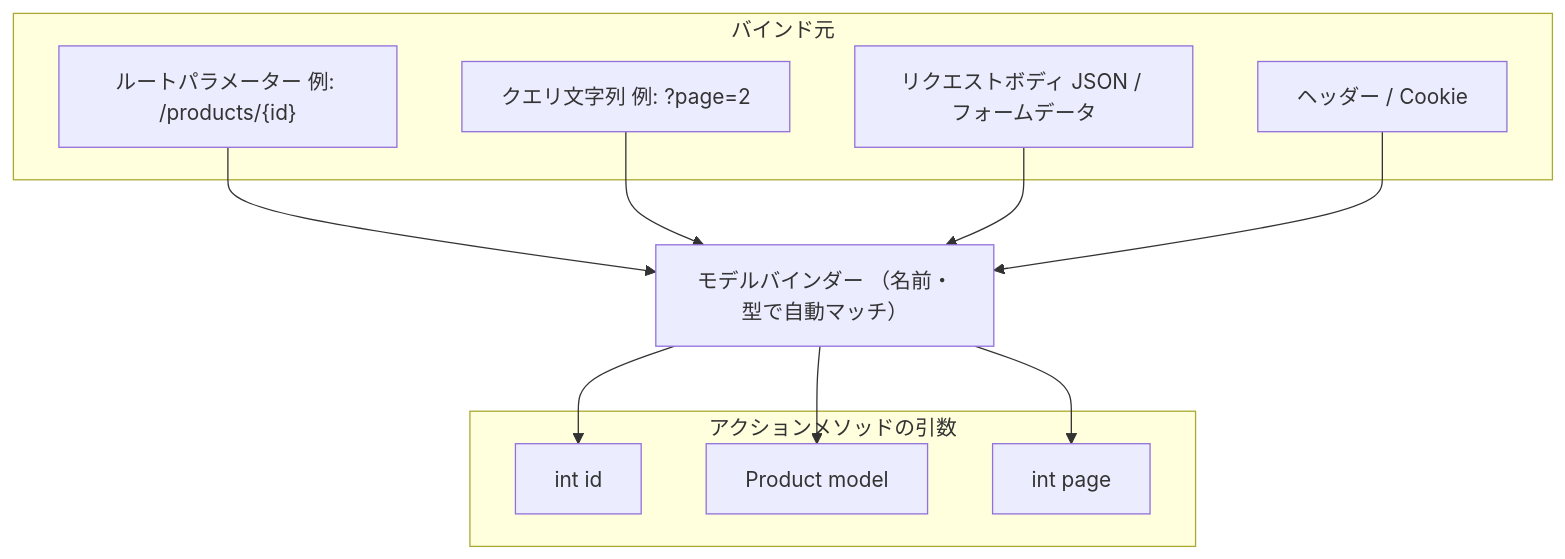
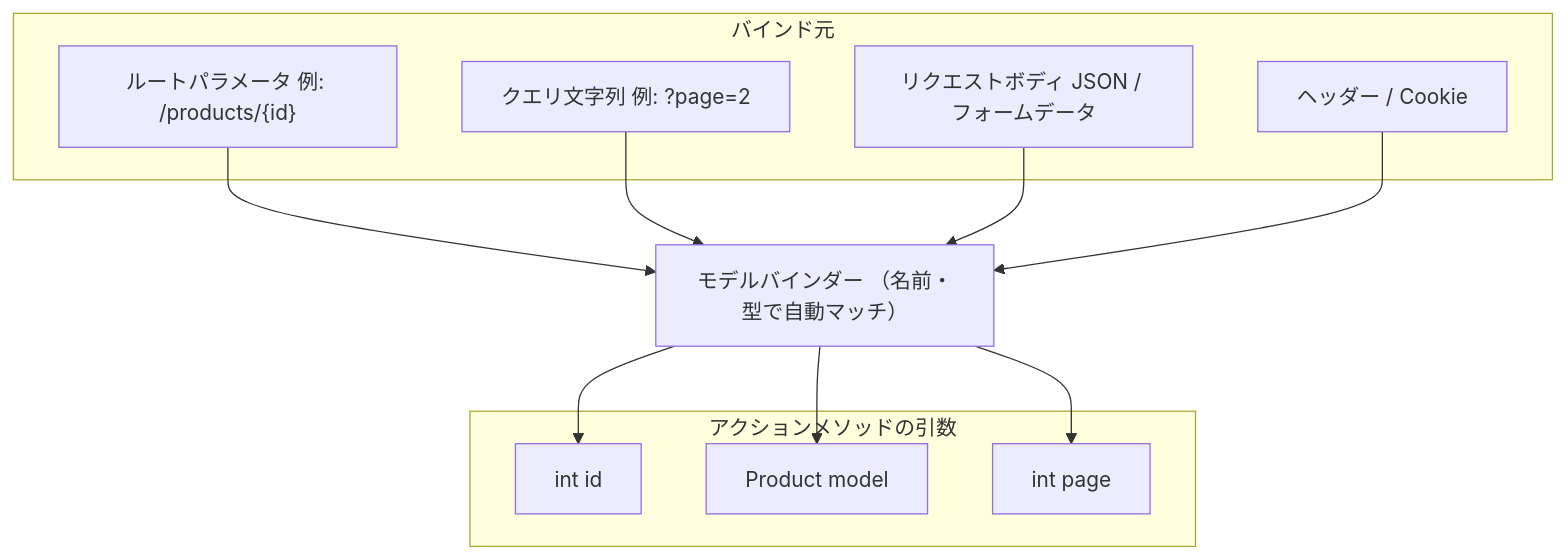
The fourth of 8 diagrams in docs/03-mvc-web-and-api.md (microsoft/aspnetcore-ja-handbook), drawn with Mermaid before and after one commit. The commit also changed other lines of this file and 1 other file, not shown here.

Commit message:
用語の統一を図り、「パラメーター」を「パラメータ」に修正

````diff
--- a/docs/03-mvc-web-and-api.md
+++ b/docs/03-mvc-web-and-api.md
@@ -419,22 +419,22 @@
 ```mermaid
 flowchart TD
     subgraph sources ["バインド元"]
-        R["ルートパラメーター 例: /products/{id}"]
+        R["ルートパラメータ 例: /products/{id}"]
         Q["クエリ文字列 例: ?page=2"]
         B["リクエストボディ JSON / フォームデータ"]
         H["ヘッダー / Cookie"]
     end
     Binder["モデルバインダー （名前・型で自動マッチ）"]
     subgraph args ["アクションメソッドの引数"]
         A1["int id"]
         A2["Product model"]
         A3["int page"]
     end
     R --> Binder
     Q --> Binder
     B --> Binder
     H --> Binder
     Binder --> A1
     Binder --> A2
     Binder --> A3
 ```
````
